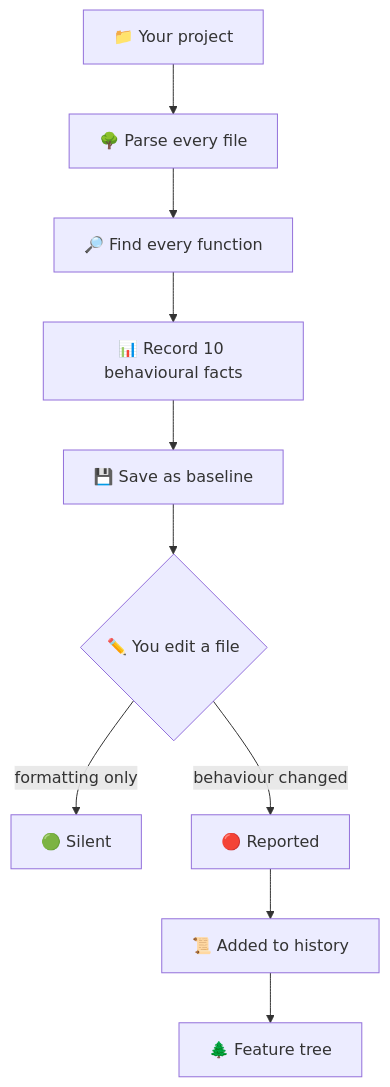
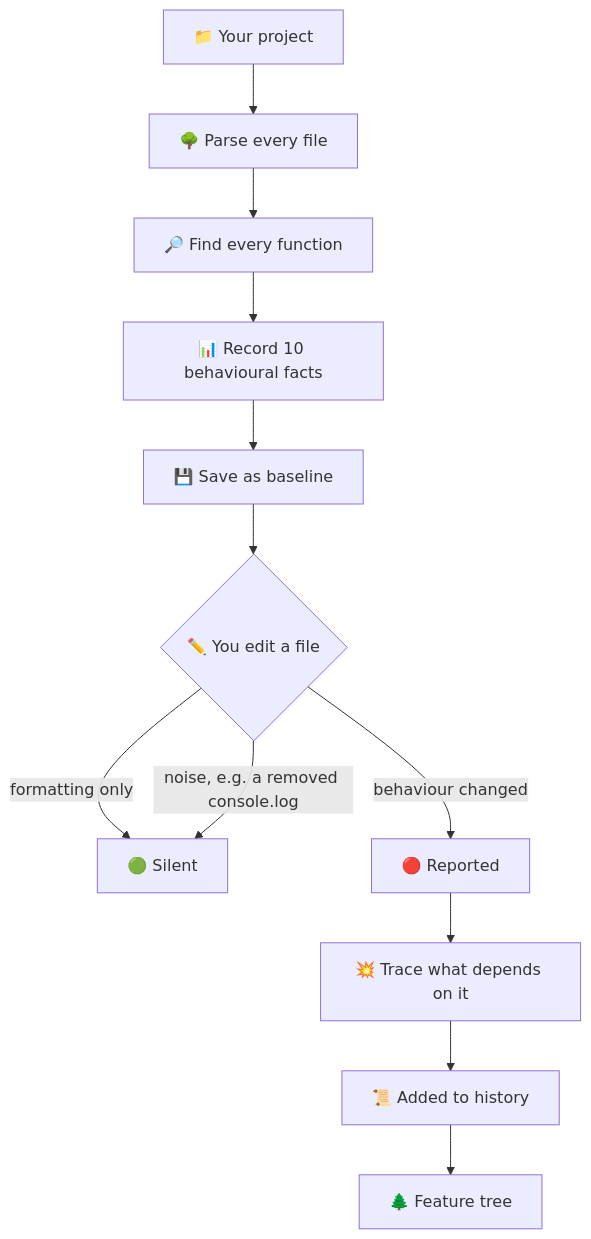
The diagram in README.md (PlanMap-inc/CLI), drawn with Mermaid before and after one commit. The commit also changed other lines of this file, not shown here.

````diff
--- a/README.md
+++ b/README.md
@@ -93,12 +101,14 @@
 ```mermaid
 flowchart TD
     A["📁 Your project"] --> B["🌳 Parse every file"]
     B --> C["🔎 Find every function"]
     C --> D["📊 Record 10 behavioural facts"]
     D --> E["💾 Save as baseline"]
     E --> F{"✏️ You edit a file"}
     F -->|"formatting only"| G["🟢 Silent"]
+    F -->|"noise, e.g. a removed console.log"| G
     F -->|"behaviour changed"| H["🔴 Reported"]
-    H --> I["📜 Added to history"]
-    I --> J["🌲 Feature tree"]
+    H --> I["💥 Trace what depends on it"]
+    I --> J["📜 Added to history"]
+    J --> K["🌲 Feature tree"]
 ```
````
